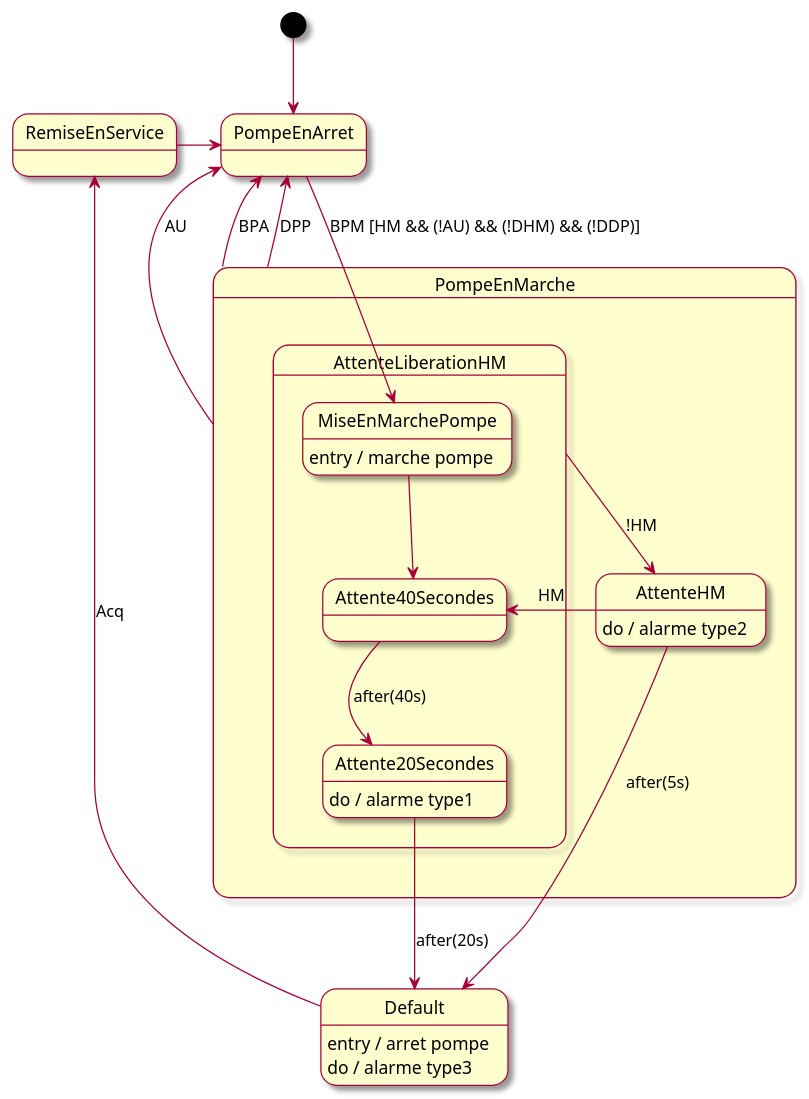
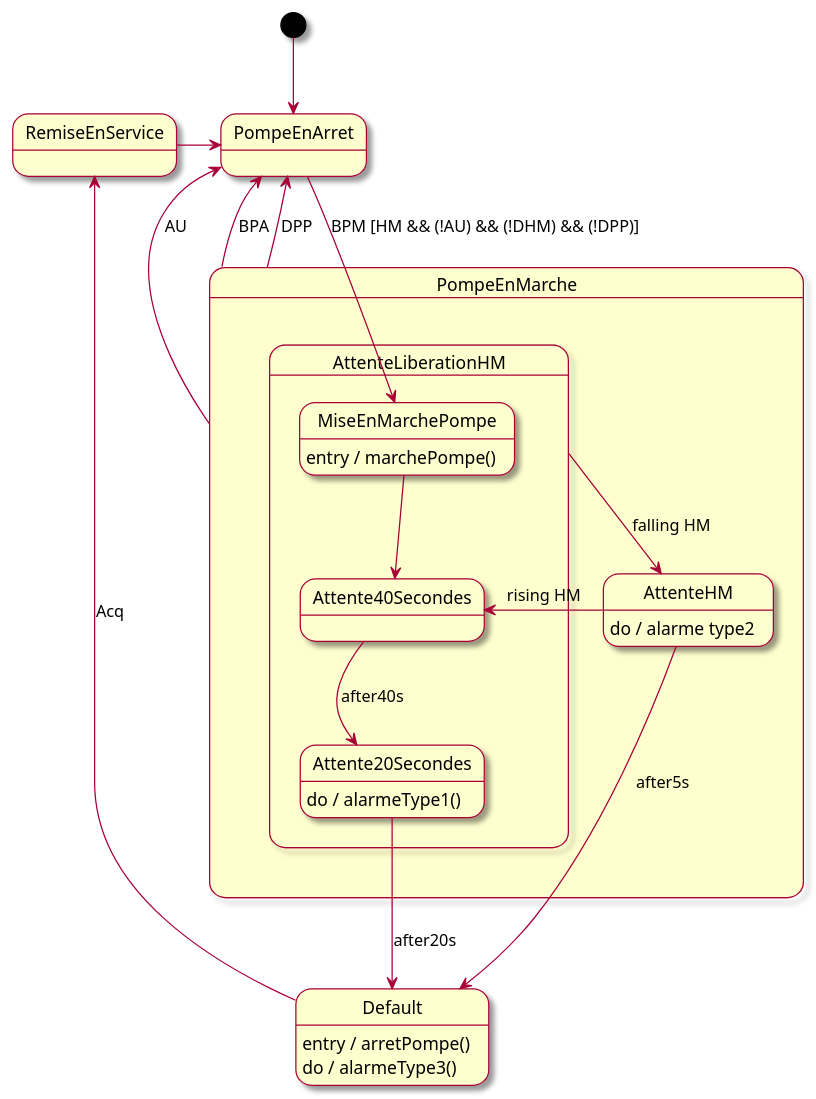
Before and after one commit to Lecrapouille/PlantUMLStatecharts: the diagram in examples/Pompe.plantuml, drawn with PlantUML.

Commit message:
Add example of pump

```diff
--- a/examples/Pompe.plantuml
+++ b/examples/Pompe.plantuml
@@ -1,30 +1,51 @@
 @startuml
 skin rose
 
+'[header] #define Cevent bool
+'[code] private:
+'[code] void marchePompe() {}
+'[code] void arretPompe() {}
+'[code] void alarmeType1() {}
+'[code] void alarmeType3() {}
+'[code] Cevent AU;  // Bouton poussoire
+'[code] Cevent BPM; // Bouton poussoire
+'[code] Cevent BPA; // Bouton poussoire
+'[code] Cevent DPP; // Bouton poussoire
+'[code] Cevent HM;  // Bouton poussoire
+'[code] Cevent Acq; // Bouton poussoire
+'[code] Cevent DHM; // Bouton poussoire
+'[init] AU = false;
+'[init] BPM = false;
+'[init] BPA = false;
+'[init] DPP = false;
+'[init] HM = false;
+'[init] Acq = false;
+'[init] DHM = false;
+
 [*] --> PompeEnArret
-Default : entry / arret pompe
-Default : do / alarme type3
+Default : entry / arretPompe()
+Default : do / alarmeType3()
 
 state PompeEnMarche {
   state AttenteLiberationHM {
     MiseEnMarchePompe --> Attente40Secondes
-    MiseEnMarchePompe : entry / marche pompe
-    Attente40Secondes --> Attente20Secondes : after(40s)
-    Attente20Secondes --> Default : after(20s)
-    Attente20Secondes : do / alarme type1
+    MiseEnMarchePompe : entry / marchePompe()
+    Attente40Secondes --> Attente20Secondes : after40s
+    Attente20Secondes --> Default : after20s
+    Attente20Secondes : do / alarmeType1()
   }
 
-  AttenteLiberationHM -> AttenteHM : !HM
+  AttenteLiberationHM -> AttenteHM : falling HM
   AttenteHM : do / alarme type2
-  Attente40Secondes <- AttenteHM : HM
-  AttenteHM --> Default : after(5s)
+  Attente40Secondes <- AttenteHM : rising HM
+  AttenteHM --> Default : after5s
 }
 
-PompeEnArret --> MiseEnMarchePompe : BPM [HM && (!AU) && (!DHM) && (!DDP)]
+PompeEnArret --> MiseEnMarchePompe : BPM [HM && (!AU) && (!DHM) && (!DPP)]
 RemiseEnService -> PompeEnArret
 RemiseEnService <- Default : Acq
 PompeEnArret <-- PompeEnMarche : AU
 PompeEnArret <-- PompeEnMarche : BPA
 PompeEnArret <-- PompeEnMarche : DPP
 
 @enduml
```
